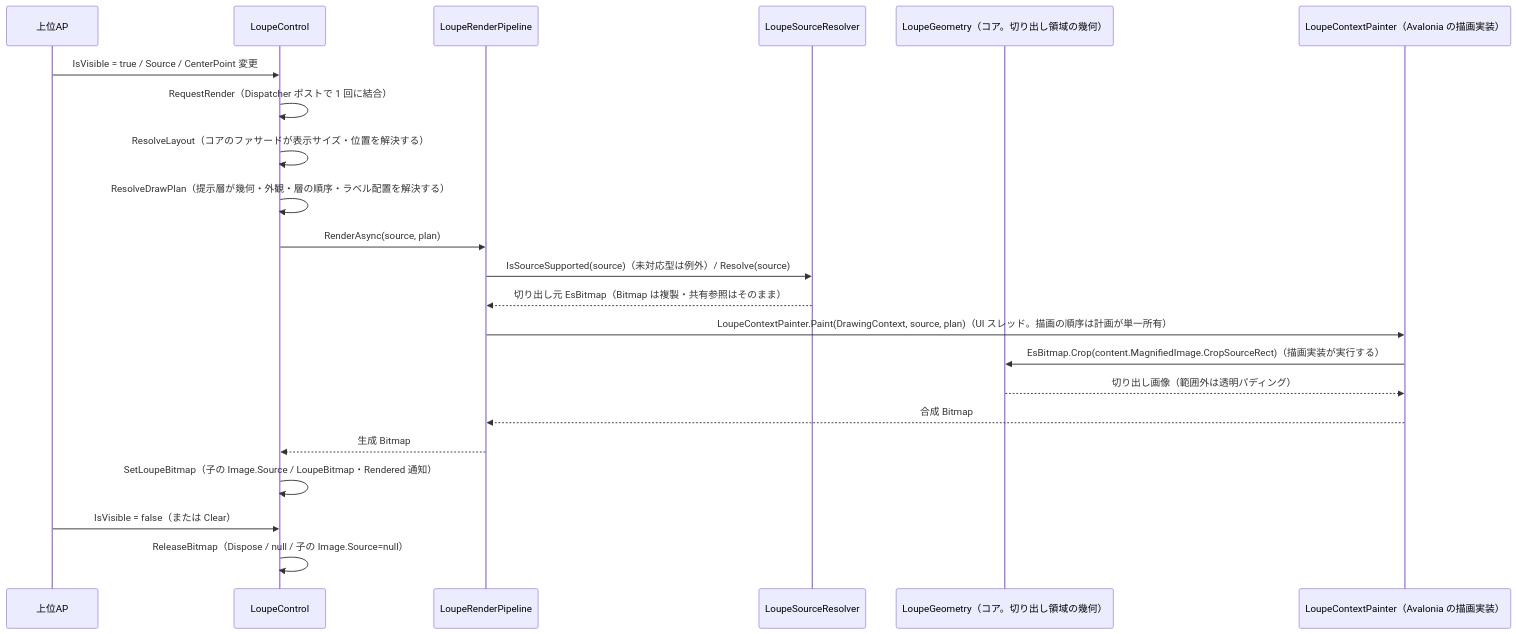
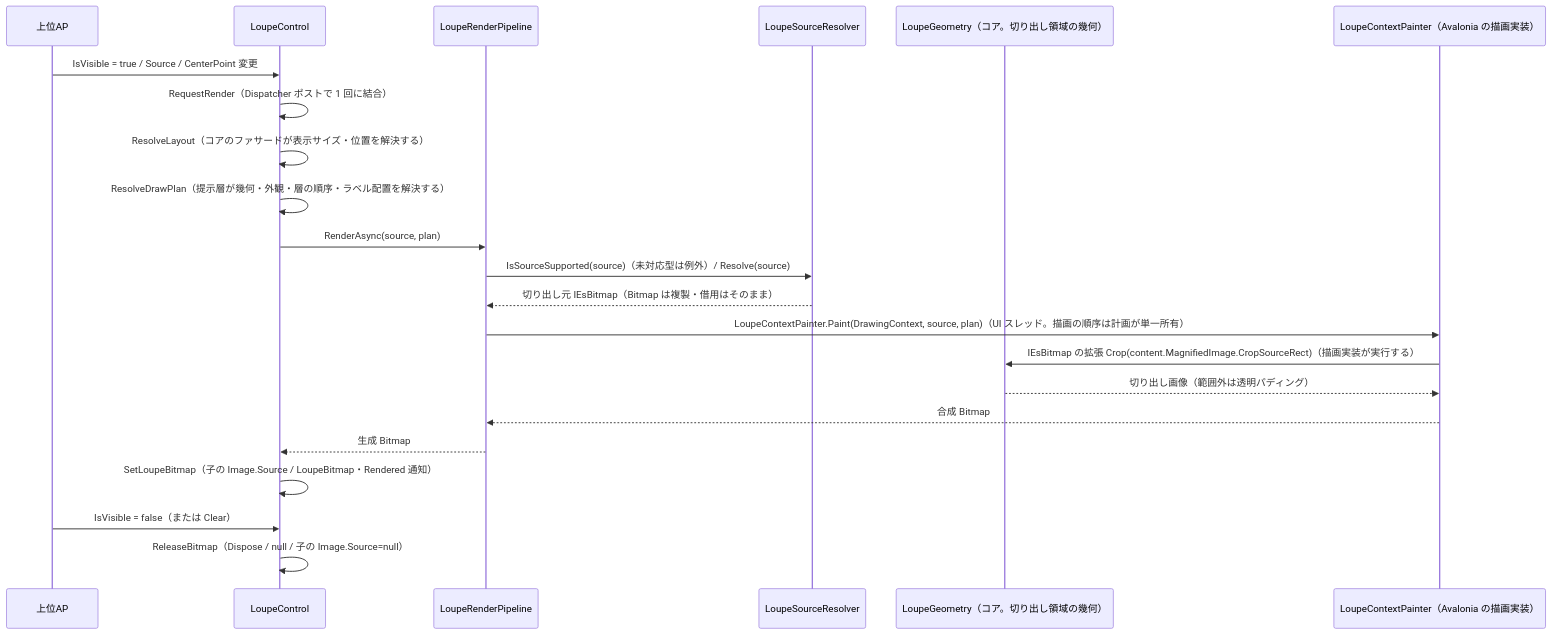
Before and after one commit to tomokuni/SaveEvidence: the second of 2 diagrams in src/EsUtil.Feature.Loupe.ControlAvaloniaUI/docs/SPEC_System.md, drawn with Mermaid. The commit also changed other lines of this file and 117 other files, not shown here.

````diff
--- a/src/EsUtil.Feature.Loupe.ControlAvaloniaUI/docs/SPEC_System.md
+++ b/src/EsUtil.Feature.Loupe.ControlAvaloniaUI/docs/SPEC_System.md
@@ -238,26 +238,26 @@
 ```mermaid
 sequenceDiagram
     participant AP as 上位AP
     participant Ctl as LoupeControl
     participant Pl as LoupeRenderPipeline
     participant Sr as LoupeSourceResolver
     participant Ext as LoupeGeometry（コア。切り出し領域の幾何）
     participant Rdr as LoupeContextPainter（Avalonia の描画実装）
 
     AP->>Ctl: IsVisible = true / Source / CenterPoint 変更
     Ctl->>Ctl: RequestRender（Dispatcher ポストで 1 回に結合）
     Ctl->>Ctl: ResolveLayout（コアのファサードが表示サイズ・位置を解決する）
     Ctl->>Ctl: ResolveDrawPlan（提示層が幾何・外観・層の順序・ラベル配置を解決する）
     Ctl->>Pl: RenderAsync(source, plan)
     Pl->>Sr: IsSourceSupported(source)（未対応型は例外）/ Resolve(source)
-    Sr-->>Pl: 切り出し元 EsBitmap（Bitmap は複製・共有参照はそのまま）
+    Sr-->>Pl: 切り出し元 IEsBitmap（Bitmap は複製・借用はそのまま）
     Pl->>Rdr: LoupeContextPainter.Paint(DrawingContext, source, plan)（UI スレッド。描画の順序は計画が単一所有）
-    Rdr->>Ext: EsBitmap.Crop(content.MagnifiedImage.CropSourceRect)（描画実装が実行する）
+    Rdr->>Ext: IEsBitmap の拡張 Crop(content.MagnifiedImage.CropSourceRect)（描画実装が実行する）
     Ext-->>Rdr: 切り出し画像（範囲外は透明パディング）
     Rdr-->>Pl: 合成 Bitmap
     Pl-->>Ctl: 生成 Bitmap
     Ctl->>Ctl: SetLoupeBitmap（子の Image.Source / LoupeBitmap・Rendered 通知）
 
     AP->>Ctl: IsVisible = false（または Clear）
     Ctl->>Ctl: ReleaseBitmap（Dispose / null / 子の Image.Source=null）
 ```
````
